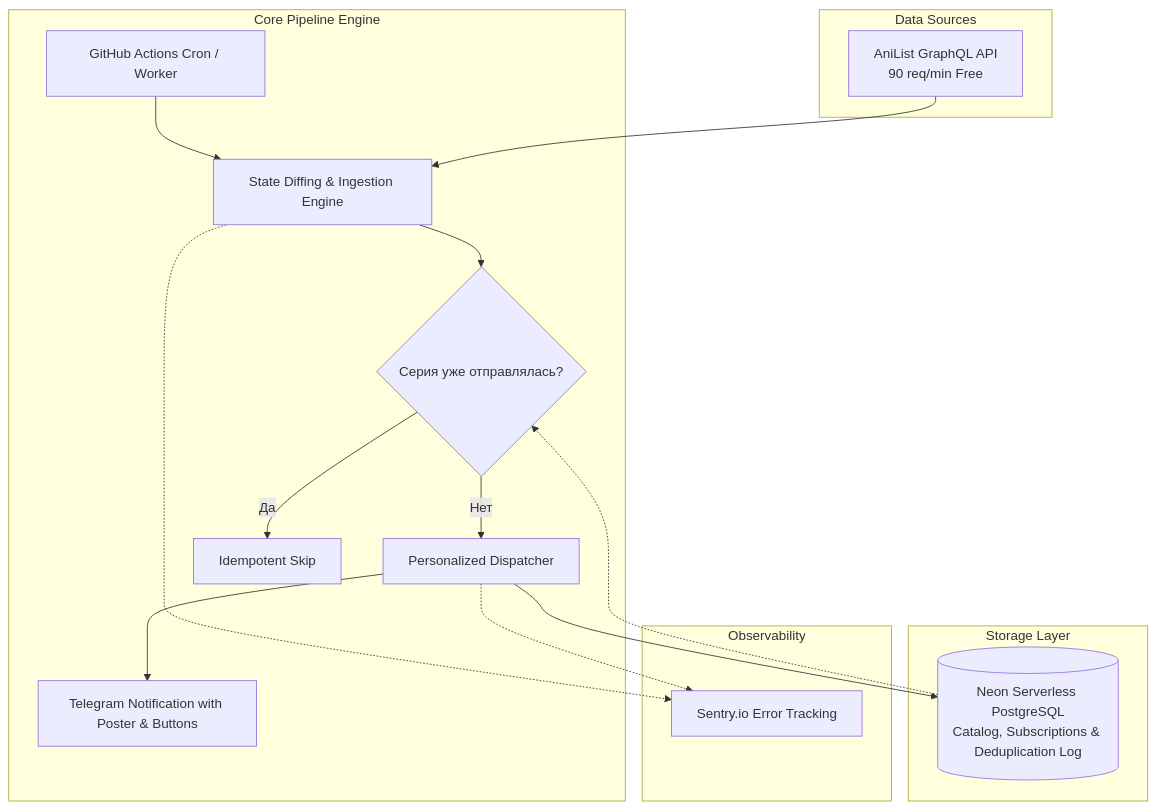
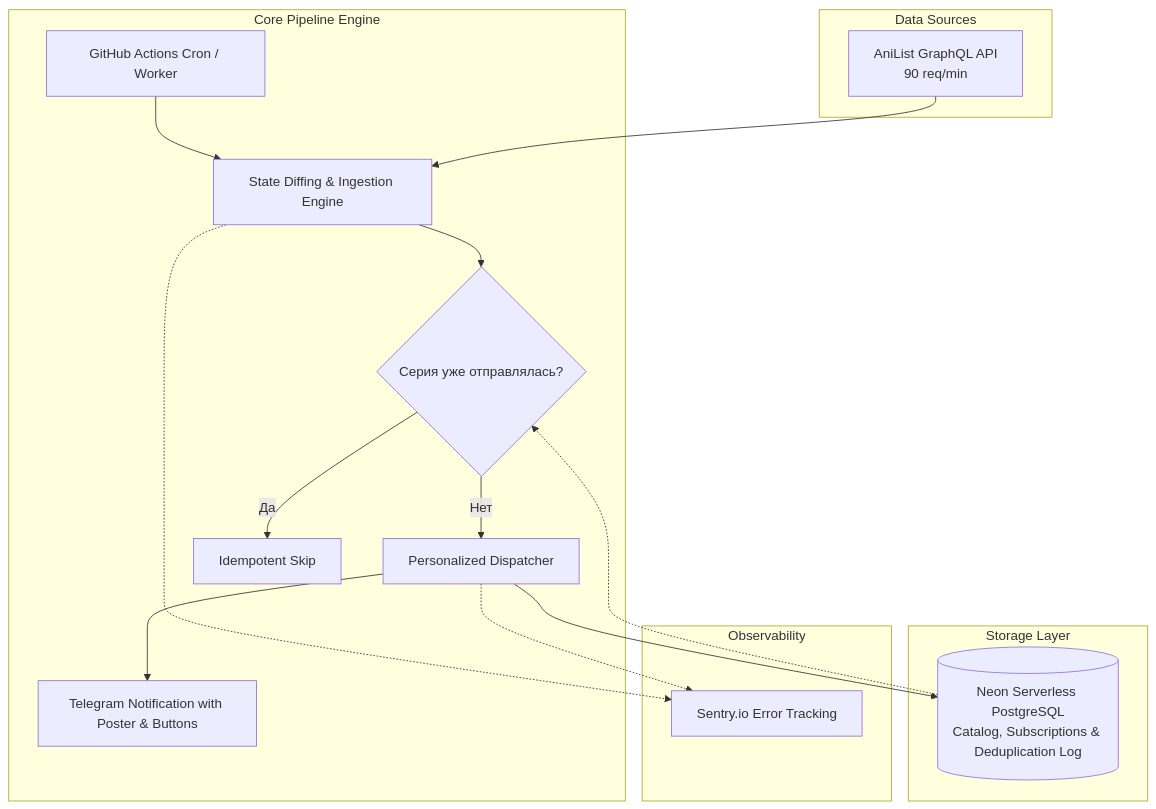
The diagram in README.md (K0ldan/anime-radar-test), drawn with Mermaid before and after one commit. The commit also changed other lines of this file, not shown here.

````diff
--- a/README.md
+++ b/README.md
@@ -17,27 +15,27 @@
 ```mermaid
 flowchart TD
     subgraph Data Sources
-        AL[AniList GraphQL API\n90 req/min Free]
+        AL[AniList GraphQL API\n90 req/min]
     end
 
     subgraph Core Pipeline Engine
         Cron[GitHub Actions Cron / Worker] --> Ingest[State Diffing & Ingestion Engine]
         AL --> Ingest
         
         Ingest --> Deduplicate{Серия уже отправлялась?}
         Deduplicate -->|Нет| Dispatch[Personalized Dispatcher]
         Deduplicate -->|Да| Skip[Idempotent Skip]
         
         Dispatch --> TG[Telegram Notification with Poster & Buttons]
     end
 
     subgraph Storage Layer
         Dispatch --> Neon[(Neon Serverless PostgreSQL\nCatalog, Subscriptions & Deduplication Log)]
         Neon -.-> Deduplicate
     end
 
     subgraph Observability
         Ingest -.-> Sentry[Sentry.io Error Tracking]
         Dispatch -.-> Sentry
     end
 ```
````
